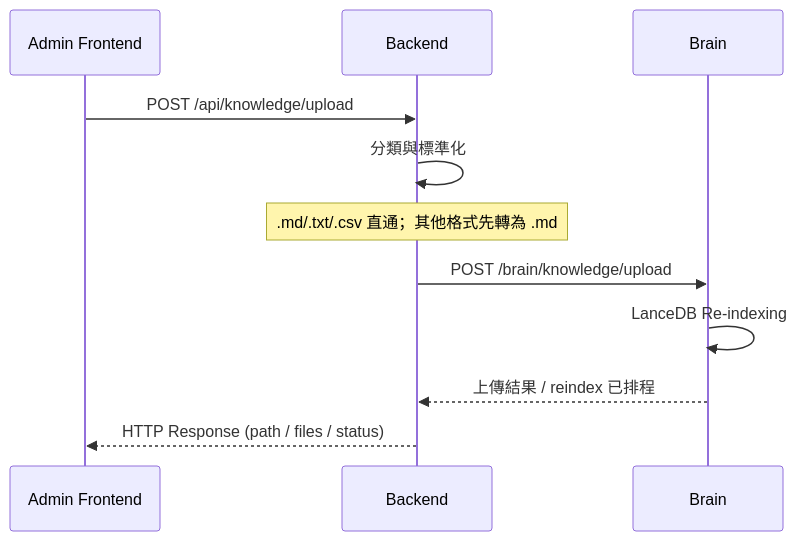
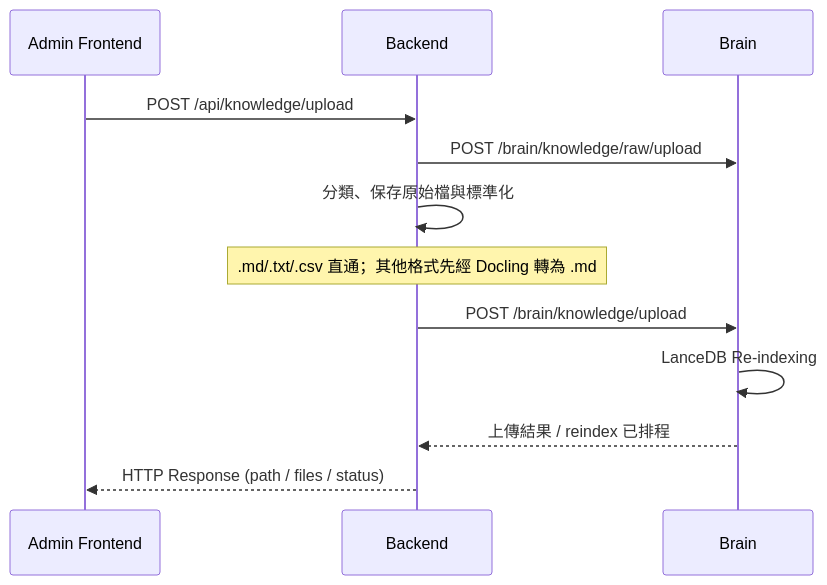
One commit to CreateIntelligens/openVman changed the second of 2 diagrams in docs/09_API_WS_LINKAGE.md. Above: the diagram before and after it, drawn with Mermaid. The commit also changed 34 other files, not shown here.

Commit message:
內容方向都已改成現在的實作模型： raw source -> Docling-first conversion -> knowledge/*.md -> Brain index -> LanceDB

````diff
--- a/docs/09_API_WS_LINKAGE.md
+++ b/docs/09_API_WS_LINKAGE.md
@@ -49,14 +49,15 @@
 ```mermaid
 sequenceDiagram
     participant A as Admin Frontend
     participant B as Backend
     participant BR as Brain
 
     A->>B: POST /api/knowledge/upload
-    B->>B: 分類與標準化
-    Note over B: .md/.txt/.csv 直通；其他格式先轉為 .md
+    B->>BR: POST /brain/knowledge/raw/upload
+    B->>B: 分類、保存原始檔與標準化
+    Note over B: .md/.txt/.csv 直通；其他格式先經 Docling 轉為 .md
     B->>BR: POST /brain/knowledge/upload
     BR->>BR: LanceDB Re-indexing
     BR-->>B: 上傳結果 / reindex 已排程
     B-->>A: HTTP Response (path / files / status)
 ```
````
